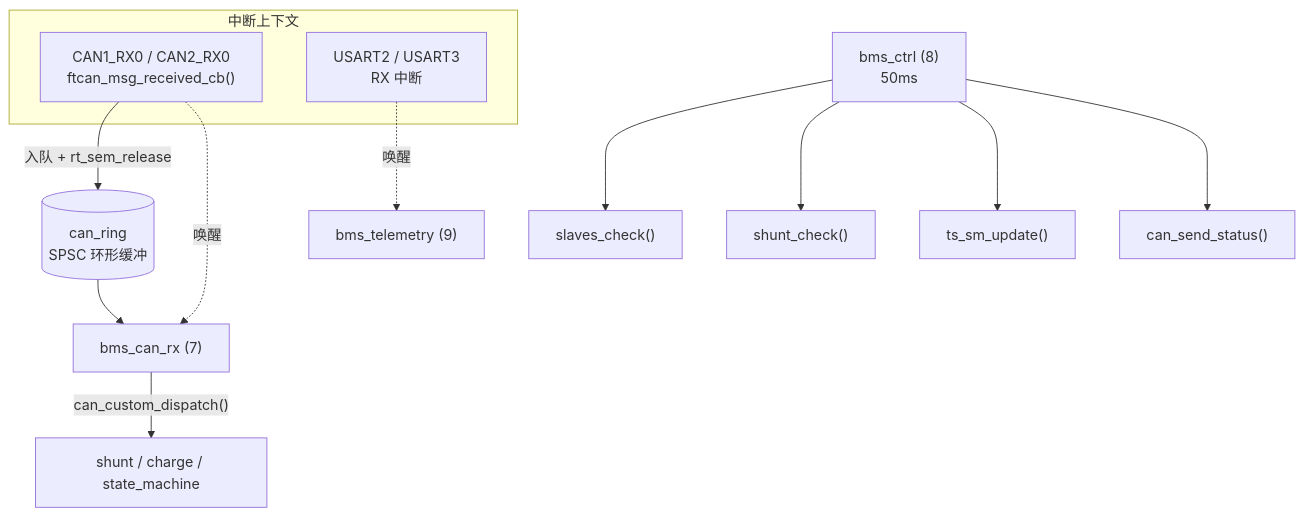
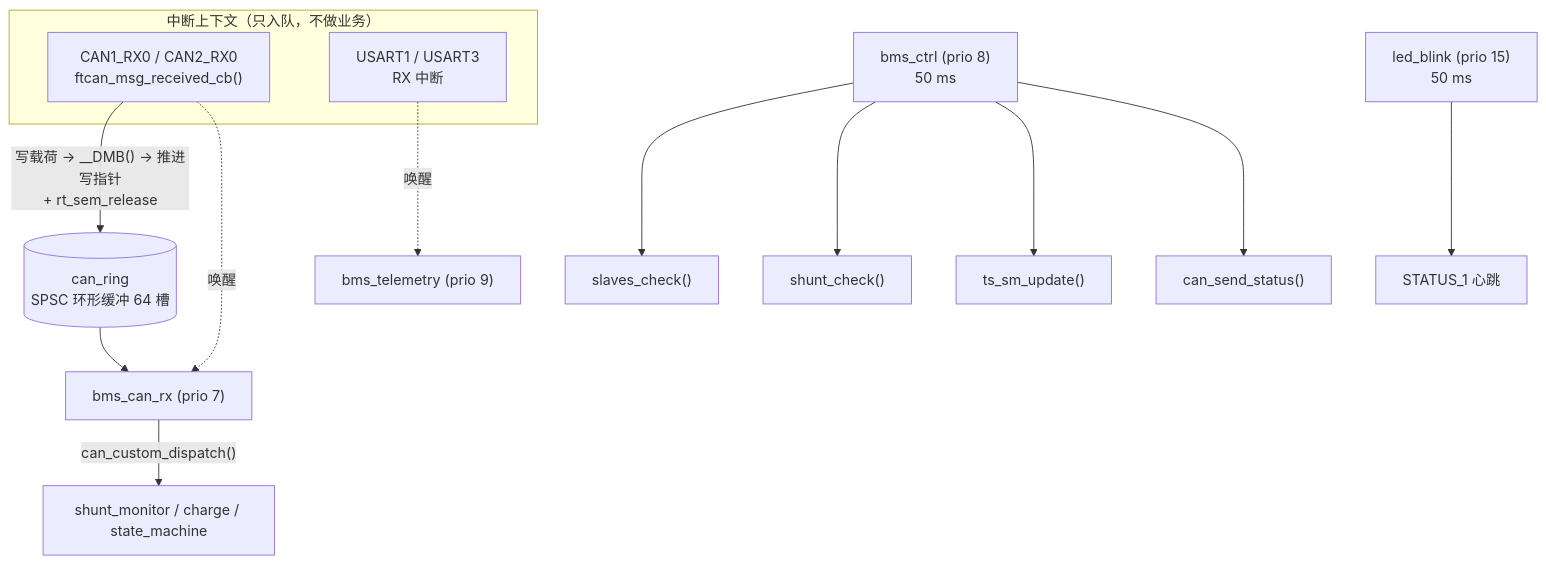
One commit to Aurora-Electronic-BMS/BMS_RTT changed the second of 3 diagrams in README.md. Above: the diagram before and after it, drawn with Mermaid. The commit also changed other lines of this file and 187 other files, not shown here.

````diff
--- a/README.md
+++ b/README.md
@@ -73,16 +161,17 @@
 ```mermaid
 flowchart TB
-    subgraph ISR["中断上下文"]
+    subgraph ISR["中断上下文（只入队，不做业务）"]
         CANISR["CAN1_RX0 / CAN2_RX0<br/>ftcan_msg_received_cb()"]
-        UARTISR["USART2 / USART3<br/>RX 中断"]
+        UARTISR["USART1 / USART3<br/>RX 中断"]
     end
-    CANISR -->|"入队 + rt_sem_release"| RING[("can_ring<br/>SPSC 环形缓冲")]
-    CANISR -.->|"唤醒"| CANRX["bms_can_rx (7)"]
+    CANISR -->|"写载荷 → __DMB() → 推进写指针<br/>+ rt_sem_release"| RING[("can_ring<br/>SPSC 环形缓冲 64 槽")]
+    CANISR -.->|"唤醒"| CANRX["bms_can_rx (prio 7)"]
     RING --> CANRX
-    CANRX -->|"can_custom_dispatch()"| MOD["shunt / charge / state_machine"]
-    UARTISR -.->|"唤醒"| TELE["bms_telemetry (9)"]
-    CTRL["bms_ctrl (8)<br/>50ms"] --> AFE["slaves_check()"]
+    CANRX -->|"can_custom_dispatch()"| MOD["shunt_monitor / charge / state_machine"]
+    UARTISR -.->|"唤醒"| TELE["bms_telemetry (prio 9)"]
+    CTRL["bms_ctrl (prio 8)<br/>50 ms"] --> AFE["slaves_check()"]
     CTRL --> SH["shunt_check()"]
     CTRL --> SM["ts_sm_update()"]
     CTRL --> CANOUT["can_send_status()"]
+    LED["led_blink (prio 15)<br/>50 ms"] --> ST1["STATUS_1 心跳"]
 ```
````
